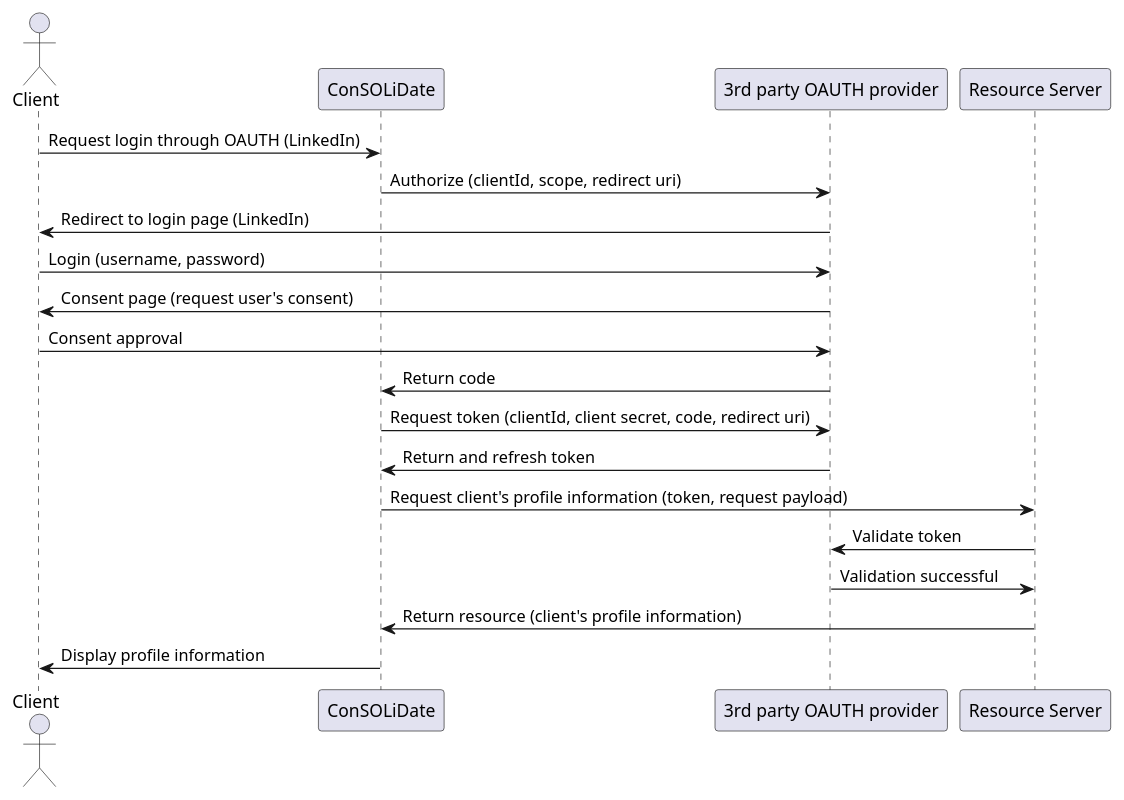
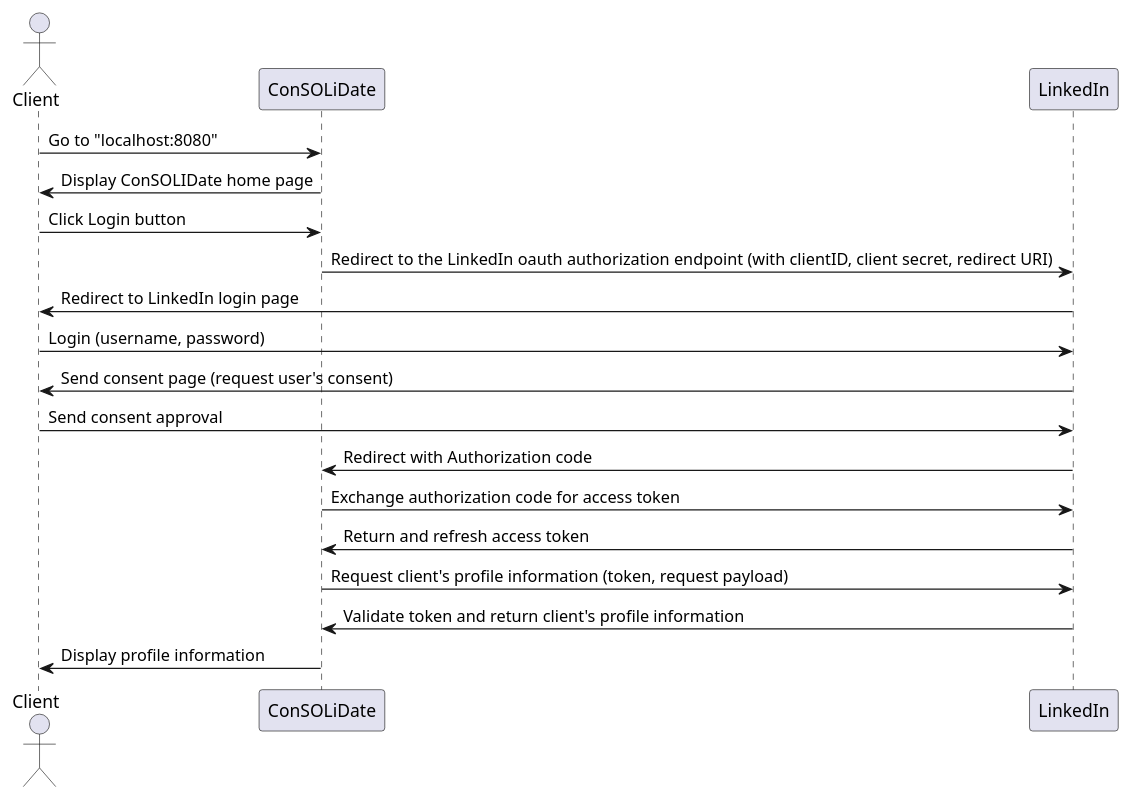
Before and after one commit to coursework-for-arch-patterns-24/linkedin-task: the diagram in Diagrams/technical_diagram.puml, drawn with PlantUML. The commit also changed 33 other files, not shown here.

```diff
--- a/Diagrams/technical_diagram.puml
+++ b/Diagrams/technical_diagram.puml
@@ -1,27 +1,26 @@
 @startuml
 actor Client
 participant "ConSOLiDate" as consolidate
-participant "3rd party OAUTH provider" as OauthServer
-participant "Resource Server" as ResourceServer
+participant "LinkedIn" as ResourceServer
 
-Client -> consolidate: Request login through OAUTH (LinkedIn)
-consolidate -> OauthServer: Authorize (clientId, scope, redirect uri)
-OauthServer -> Client: Redirect to login page (LinkedIn)
+Client -> consolidate: Go to "localhost:8080"
+consolidate -> Client: Display ConSOLIDate home page
 
+Client -> consolidate: Click Login button
+consolidate -> ResourceServer: Redirect to the LinkedIn oauth authorization endpoint (with clientID, client secret, redirect URI)
+ResourceServer -> Client: Redirect to LinkedIn login page
+Client -> ResourceServer: Login (username, password)
 
-Client -> OauthServer: Login (username, password)
-OauthServer -> Client: Consent page (request user's consent)
-Client -> OauthServer: Consent approval
-OauthServer -> consolidate: Return code
+ResourceServer -> Client: Send consent page (request user's consent)
+Client -> ResourceServer: Send consent approval
+ResourceServer -> consolidate: Redirect with Authorization code
 
-consolidate -> OauthServer: Request token (clientId, client secret, code, redirect uri)
-OauthServer -> consolidate: Return and refresh token
+consolidate -> ResourceServer: Exchange authorization code for access token
+ResourceServer -> consolidate: Return and refresh access token
 
 consolidate -> ResourceServer: Request client's profile information (token, request payload)
-ResourceServer -> OauthServer: Validate token
-OauthServer -> ResourceServer: Validation successful
-ResourceServer -> consolidate: Return resource (client's profile information)
+ResourceServer -> consolidate: Validate token and return client's profile information
 consolidate -> Client: Display profile information
 
 
 @enduml
```
